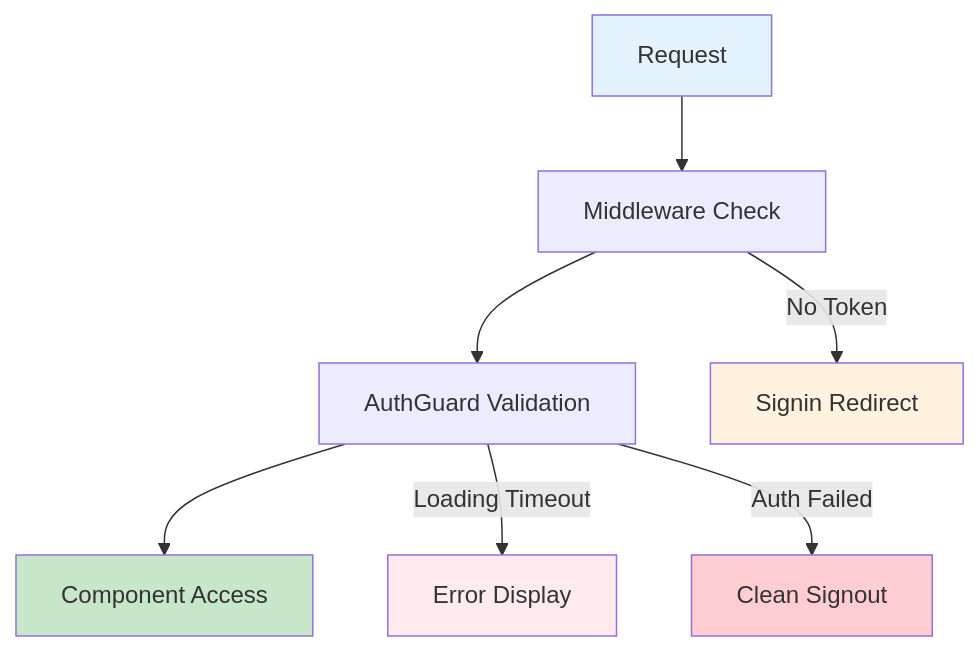
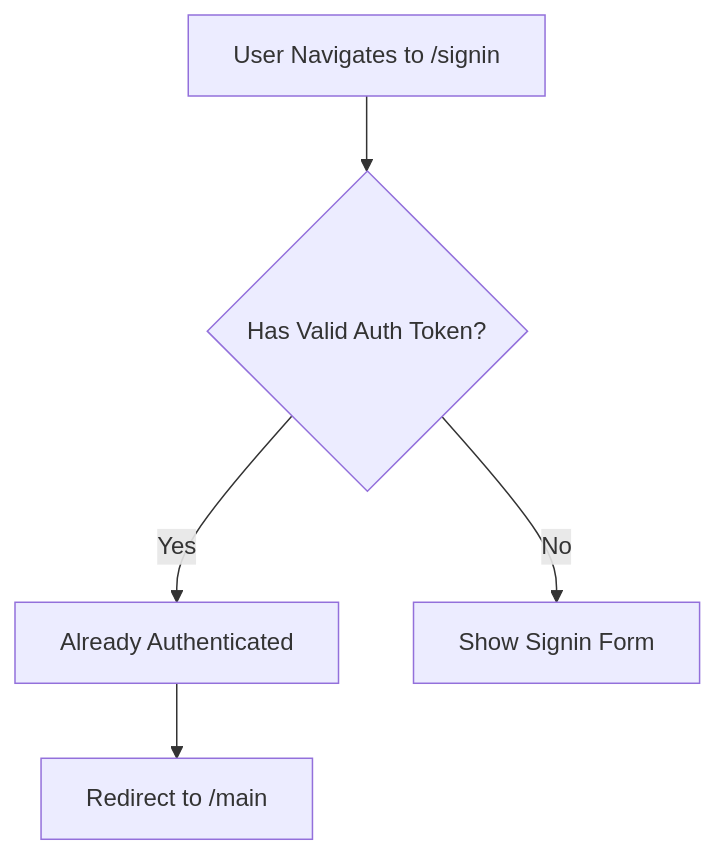
Before and after one commit to benxgao/certifai-app: the sixth of 7 diagrams in docs/signin.md, drawn with Mermaid. The commit also changed other lines of this file and 3 other files, not shown here.

````diff
--- a/docs/signin.md
+++ b/docs/signin.md
@@ -587,16 +395,9 @@
 ```mermaid
 graph TD
-    A[Request] --> B[Middleware Check]
-    B --> C[AuthGuard Validation]
-    C --> D[Component Access]
+    A[User Navigates to /signin] --> B{Has Valid Auth Token?}
 
-    B -->|No Token| E[Signin Redirect]
-    C -->|Loading Timeout| F[Error Display]
-    C -->|Auth Failed| G[Clean Signout]
+    B -->|Yes| C[Already Authenticated]
+    C --> D[Redirect to /main]
 
-    style A fill:#e3f2fd
-    style D fill:#c8e6c9
-    style E fill:#fff3e0
-    style F fill:#ffebee
-    style G fill:#ffcdd2
+    B -->|No| E[Show Signin Form]
 ```
````
